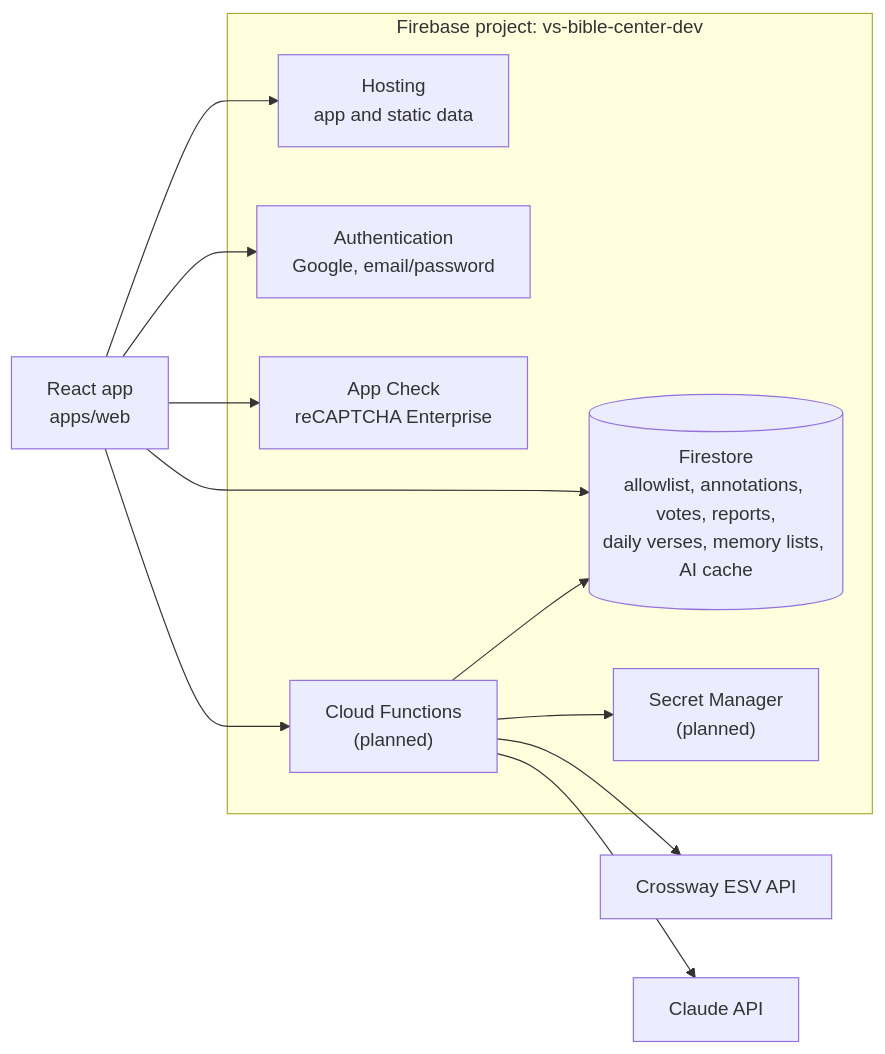
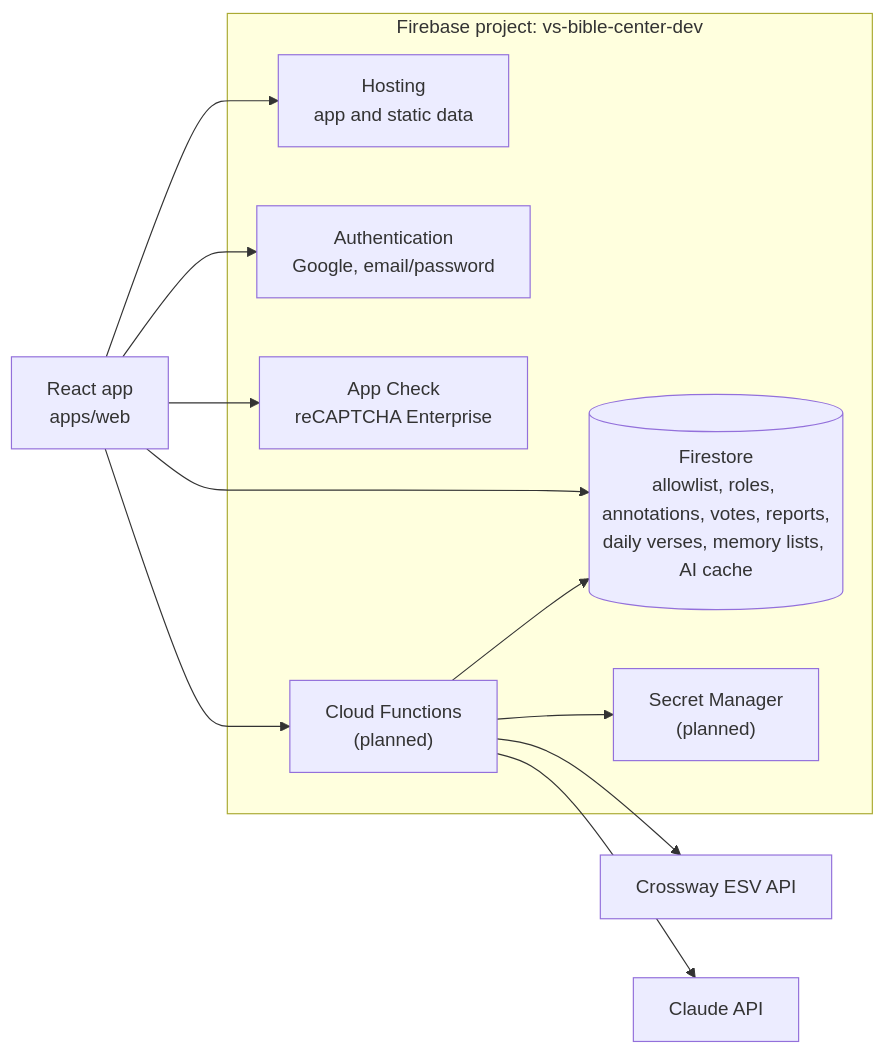
One commit to Valiance-Studios/bible-center changed the first of 21 diagrams in ARCHITECTURE.md. Above: the diagram before and after it, drawn with Mermaid. The commit also changed other lines of this file and 9 other files, not shown here.

First line of the commit message:
Move roles off the allowlist into their own collection (#29)

````diff
--- a/ARCHITECTURE.md
+++ b/ARCHITECTURE.md
@@ -147,26 +147,26 @@
 ```mermaid
 flowchart LR
   browser["React app<br/>apps/web"]
 
   subgraph firebase["Firebase project: vs-bible-center-dev"]
     hosting["Hosting<br/>app and static data"]
     auth["Authentication<br/>Google, email/password"]
-    firestore[("Firestore<br/>allowlist, annotations, votes, reports,<br/>daily verses, memory lists, AI cache")]
+    firestore[("Firestore<br/>allowlist, roles, annotations, votes, reports,<br/>daily verses, memory lists, AI cache")]
     appcheck["App Check<br/>reCAPTCHA Enterprise"]
     functions["Cloud Functions<br/>(planned)"]
     secrets["Secret Manager<br/>(planned)"]
   end
 
   esv["Crossway ESV API"]
   claude["Claude API"]
 
   browser --> hosting
   browser --> auth
   browser --> firestore
   browser --> appcheck
   browser --> functions
   functions --> secrets
   functions --> firestore
   functions --> esv
   functions --> claude
 ```
````
